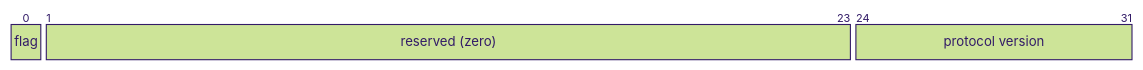
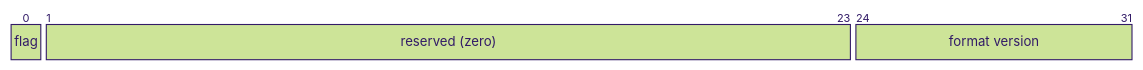
The third of 4 diagrams in README.md (Gurebu/worldhalla), drawn with Mermaid (forest theme) before and after one commit. The commit also changed other lines of this file and 7 other files, not shown here.

````diff
--- a/README.md
+++ b/README.md
@@ -85,6 +85,6 @@
 ```mermaid
 packet-beta
 0: "flag"
 1-23: "reserved (zero)"
-24-31: "protocol version"
+24-31: "format version"
 ```
````
